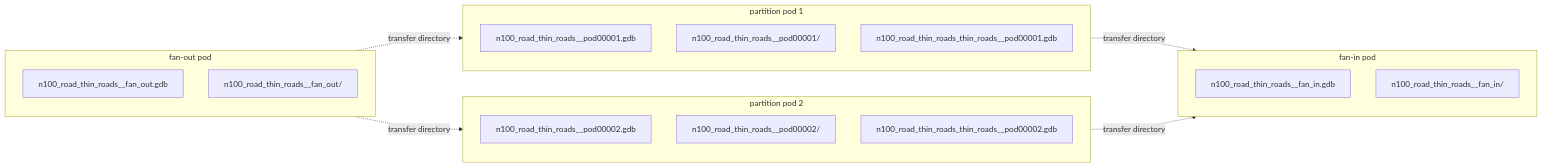
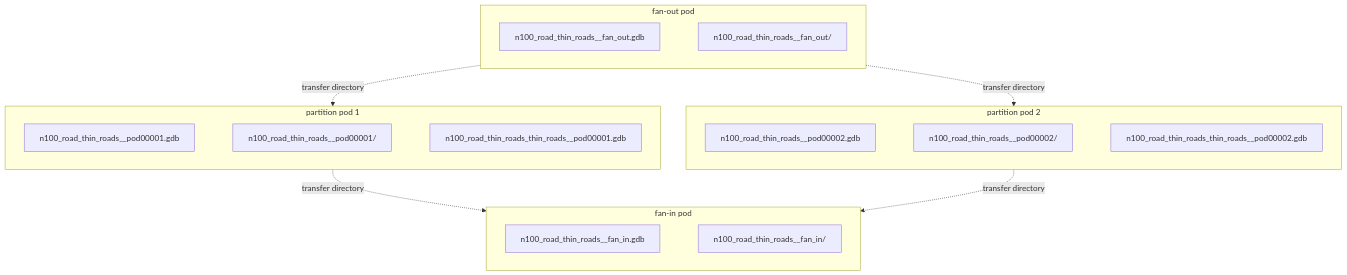
The third of 5 diagrams in docs/user_guide/scratch.md (kartverket/automatisk-generalisering), drawn with Mermaid before and after one commit. The commit also changed other lines of this file, not shown here.

Commit message:
Scratch guide: meramid layout improvement

````diff
--- a/docs/user_guide/scratch.md
+++ b/docs/user_guide/scratch.md
@@ -86,25 +86,21 @@
 ```mermaid
-flowchart LR
+flowchart TB
     subgraph fan_out["fan-out pod"]
-        fo_stage["n100_road_thin_roads__fan_out.gdb"]
-        fo_loose["n100_road_thin_roads__fan_out/"]
+        fo_stage["n100_road_thin_roads__fan_out.gdb"] ~~~ fo_loose["n100_road_thin_roads__fan_out/"]
     end
     subgraph pod1["partition pod 1"]
-        p1_stage["n100_road_thin_roads__pod00001.gdb"]
-        p1_loose["n100_road_thin_roads__pod00001/"]
-        p1_op["n100_road_thin_roads_thin_roads__pod00001.gdb"]
+        p1_stage["n100_road_thin_roads__pod00001.gdb"] ~~~ p1_loose["n100_road_thin_roads__pod00001/"]
+        p1_loose ~~~ p1_op["n100_road_thin_roads_thin_roads__pod00001.gdb"]
     end
     subgraph pod2["partition pod 2"]
-        p2_stage["n100_road_thin_roads__pod00002.gdb"]
-        p2_loose["n100_road_thin_roads__pod00002/"]
-        p2_op["n100_road_thin_roads_thin_roads__pod00002.gdb"]
+        p2_stage["n100_road_thin_roads__pod00002.gdb"] ~~~ p2_loose["n100_road_thin_roads__pod00002/"]
+        p2_loose ~~~ p2_op["n100_road_thin_roads_thin_roads__pod00002.gdb"]
     end
     subgraph fan_in["fan-in pod"]
-        fi_stage["n100_road_thin_roads__fan_in.gdb"]
-        fi_loose["n100_road_thin_roads__fan_in/"]
+        fi_stage["n100_road_thin_roads__fan_in.gdb"] ~~~ fi_loose["n100_road_thin_roads__fan_in/"]
     end
     fan_out -.->|"transfer directory"| pod1
     fan_out -.->|"transfer directory"| pod2
     pod1 -.->|"transfer directory"| fan_in
     pod2 -.->|"transfer directory"| fan_in
 ```
````
